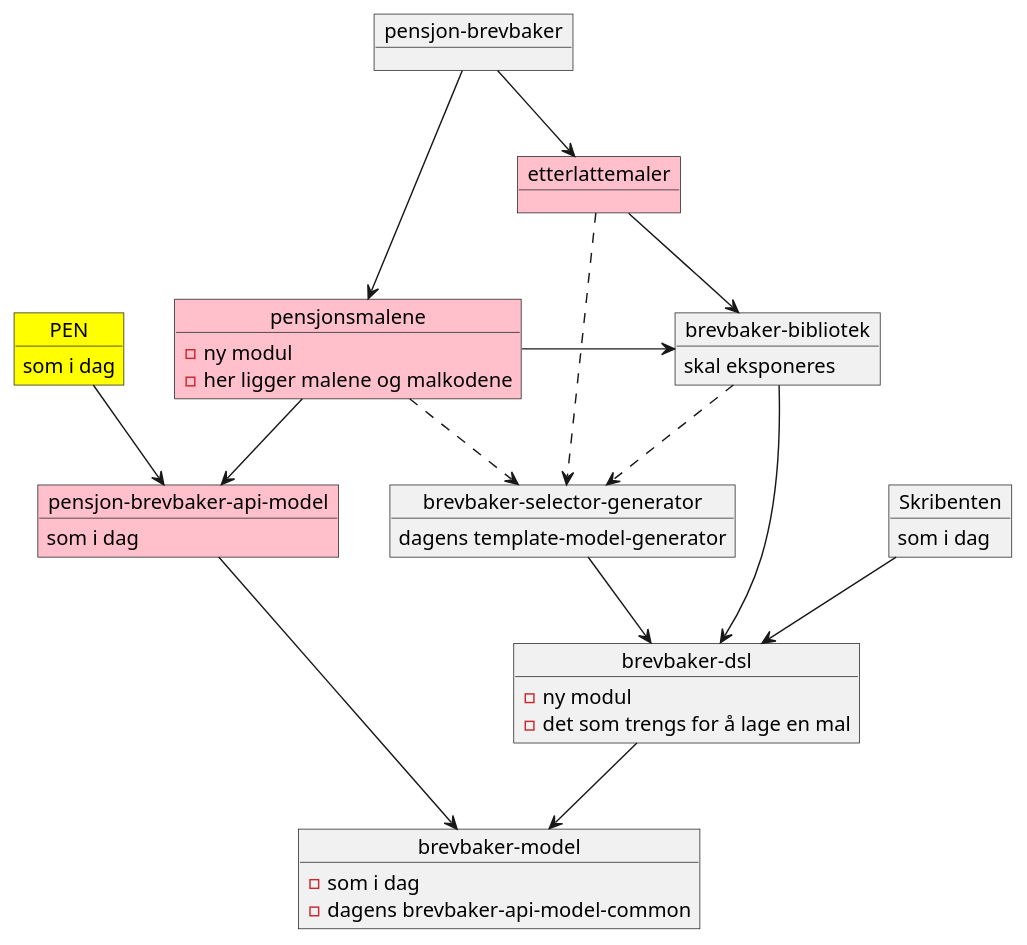
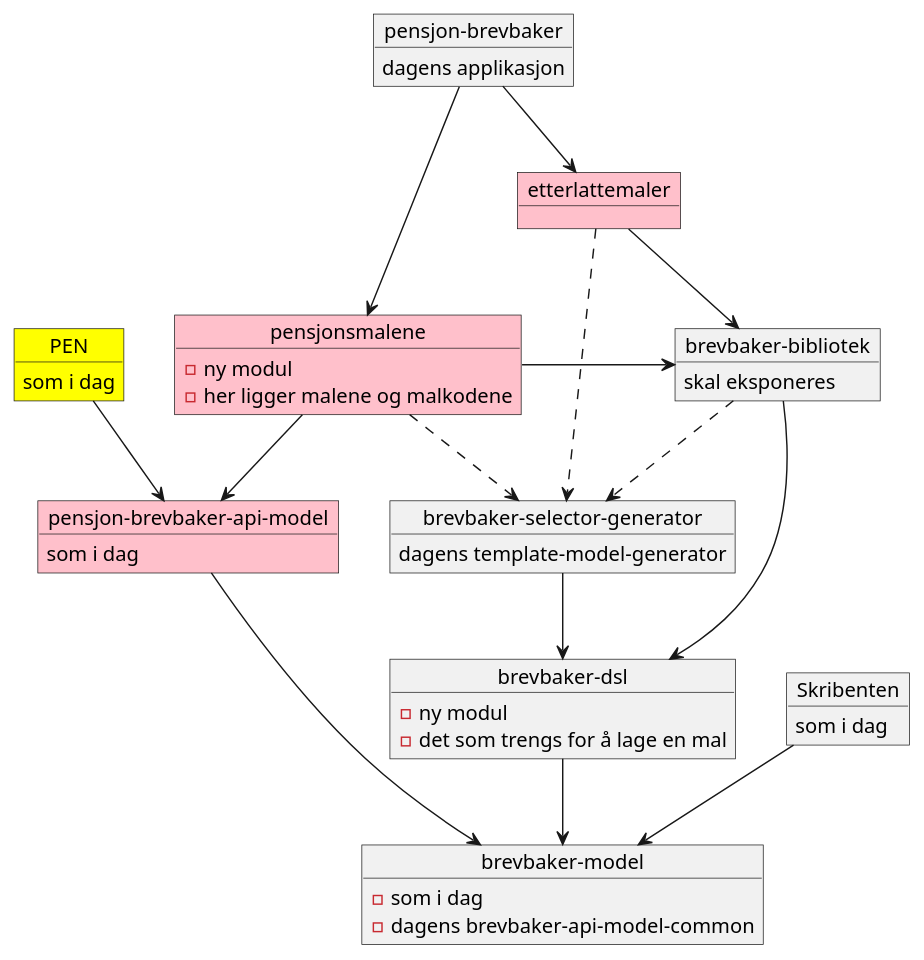
One commit to navikt/pensjonsbrev changed the diagram in docs/moduldiagram.puml. Above: the diagram before and after it, drawn with PlantUML.

Commit message:
Oppdaterer moduldiagrammet

```diff
--- a/docs/moduldiagram.puml
+++ b/docs/moduldiagram.puml
@@ -1,51 +1,53 @@
 @startuml
 
 object "pensjon-brevbaker" as brevbaker
+brevbaker : dagens applikasjon
+
 object pensjonsmalene #pink
 pensjonsmalene : - ny modul
 pensjonsmalene : - her ligger malene og malkodene
 
 object "etterlattemaler" as etterlatte #pink
 
 object "pensjon-brevbaker-api-model" as apimodel #pink
 apimodel : som i dag
 
 object "brevbaker-dsl" as dsl
 dsl : - ny modul
 dsl : - det som trengs for å lage en mal
 
 object "brevbaker-bibliotek" as bibliotek
 bibliotek : skal eksponeres
 
 
 object "brevbaker-model" as modelcommon
 modelcommon : - som i dag
 modelcommon : - dagens brevbaker-api-model-common
 
 object "brevbaker-selector-generator" as tmg
 tmg : dagens template-model-generator
 
 object PEN #yellow
 PEN : som i dag
 
 object Skribenten
 Skribenten : som i dag
 
 bibliotek --> dsl
 brevbaker --> pensjonsmalene
 brevbaker --> etterlatte
 pensjonsmalene --> apimodel
 pensjonsmalene -> bibliotek
 etterlatte --> bibliotek
 apimodel --> modelcommon
 dsl --> modelcommon
 tmg --> dsl
 etterlatte ..> tmg
 pensjonsmalene ..> tmg
 bibliotek ..> tmg
 
 PEN --> apimodel
 
-Skribenten --> dsl
+Skribenten --> modelcommon
 
 @enduml
```
